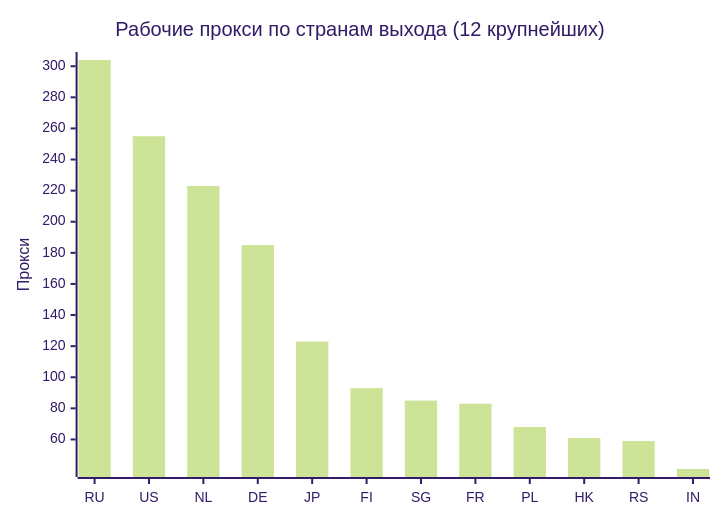
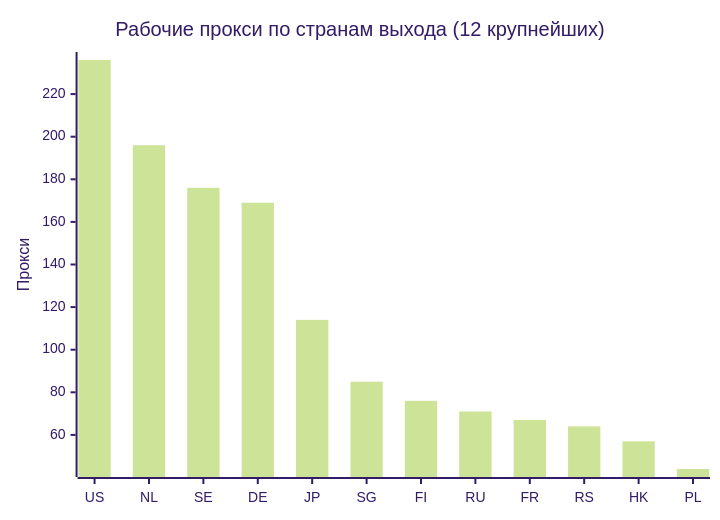
One commit to rvvg/proxy-subs changed the second of 4 diagrams in README.md. Above: the diagram before and after it, drawn with Mermaid (forest theme). The commit also changed other lines of this file and 57 other files, not shown here.

````diff
--- a/README.md
+++ b/README.md
@@ -138,7 +132,7 @@
 ```mermaid
 xychart-beta
     title "Рабочие прокси по странам выхода (12 крупнейших)"
-    x-axis ["RU", "US", "NL", "DE", "JP", "FI", "SG", "FR", "PL", "HK", "RS", "IN"]
+    x-axis ["US", "NL", "SE", "DE", "JP", "SG", "FI", "RU", "FR", "RS", "HK", "PL"]
     y-axis "Прокси"
-    bar [304, 255, 223, 185, 123, 93, 85, 83, 68, 61, 59, 41]
+    bar [236, 196, 176, 169, 114, 85, 76, 71, 67, 64, 57, 44]
 ```
````
